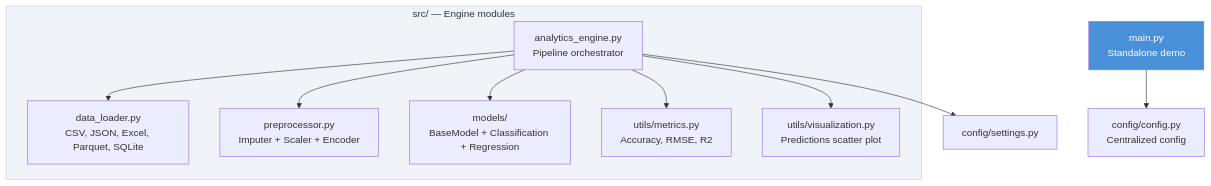
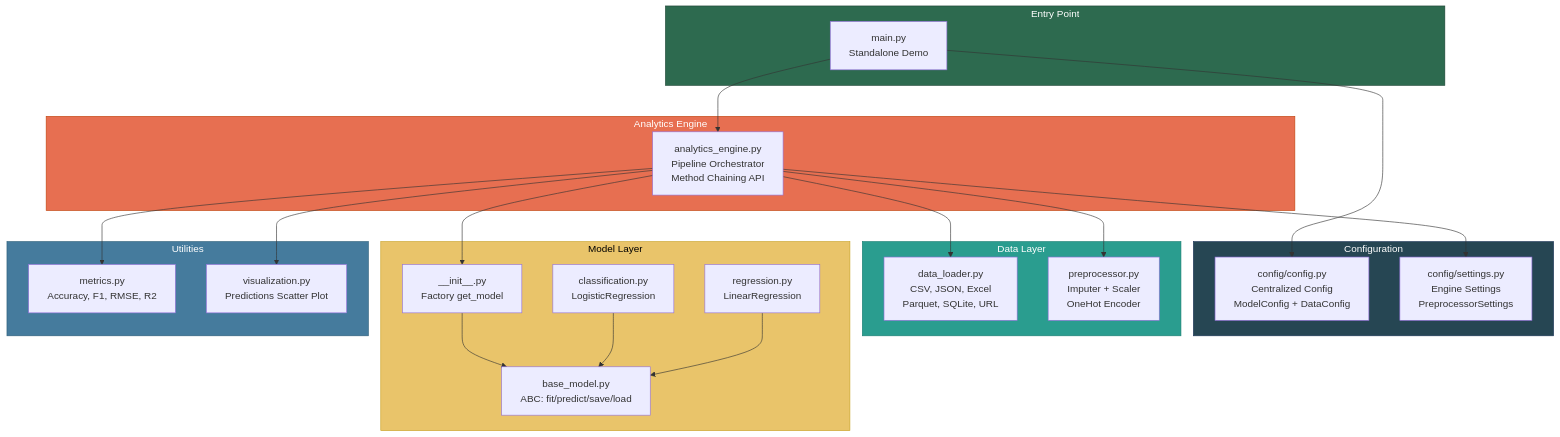
The third of 4 diagrams in README.md (galafis/Predictive-Analytics-Engine), drawn with Mermaid before and after one commit. The commit also changed other lines of this file and 6 other files, not shown here.

````diff
--- a/README.md
+++ b/README.md
@@ -179,23 +346,51 @@
 ```mermaid
 graph TD
-    A[main.py<br>Standalone demo] --> B[config/config.py<br>Centralized config]
-
-    subgraph src["src/ — Engine modules"]
-        C[data_loader.py<br>CSV, JSON, Excel, Parquet, SQLite]
-        D[preprocessor.py<br>Imputer + Scaler + Encoder]
-        E[analytics_engine.py<br>Pipeline orchestrator]
-        F[models/<br>BaseModel + Classification + Regression]
-        G[utils/metrics.py<br>Accuracy, RMSE, R2]
-        H[utils/visualization.py<br>Predictions scatter plot]
+    subgraph entry["Entry Point"]
+        A[main.py<br/>Standalone Demo]
     end
 
-    E --> C
-    E --> D
-    E --> F
-    E --> G
-    E --> H
-    E --> I[config/settings.py]
+    subgraph config["Configuration"]
+        B[config/config.py<br/>Centralized Config<br/>ModelConfig + DataConfig]
+        B2[config/settings.py<br/>Engine Settings<br/>PreprocessorSettings]
+    end
 
-    style A fill:#4a90d9,color:#fff
-    style src fill:#f0f4f8,stroke:#ccc
+    subgraph engine["Analytics Engine"]
+        C[analytics_engine.py<br/>Pipeline Orchestrator<br/>Method Chaining API]
+    end
+
+    subgraph data["Data Layer"]
+        D[data_loader.py<br/>CSV, JSON, Excel<br/>Parquet, SQLite, URL]
+        D2[preprocessor.py<br/>Imputer + Scaler<br/>OneHot Encoder]
+    end
+
+    subgraph models["Model Layer"]
+        E[base_model.py<br/>ABC: fit/predict/save/load]
+        F[classification.py<br/>LogisticRegression]
+        G[regression.py<br/>LinearRegression]
+        H[__init__.py<br/>Factory get_model]
+    end
+
+    subgraph utils["Utilities"]
+        I[metrics.py<br/>Accuracy, F1, RMSE, R2]
+        J[visualization.py<br/>Predictions Scatter Plot]
+    end
+
+    A --> B
+    A --> C
+    C --> D
+    C --> D2
+    C --> H
+    C --> I
+    C --> J
+    C --> B2
+    H --> E
+    F --> E
+    G --> E
+
+    style entry fill:#2d6a4f,color:#fff,stroke:#1b4332
+    style config fill:#264653,color:#fff,stroke:#1d3557
+    style engine fill:#e76f51,color:#fff,stroke:#c1440e
+    style data fill:#2a9d8f,color:#fff,stroke:#1a7f72
+    style models fill:#e9c46a,color:#000,stroke:#c9a227
+    style utils fill:#457b9d,color:#fff,stroke:#2d5f7a
 ```
````
